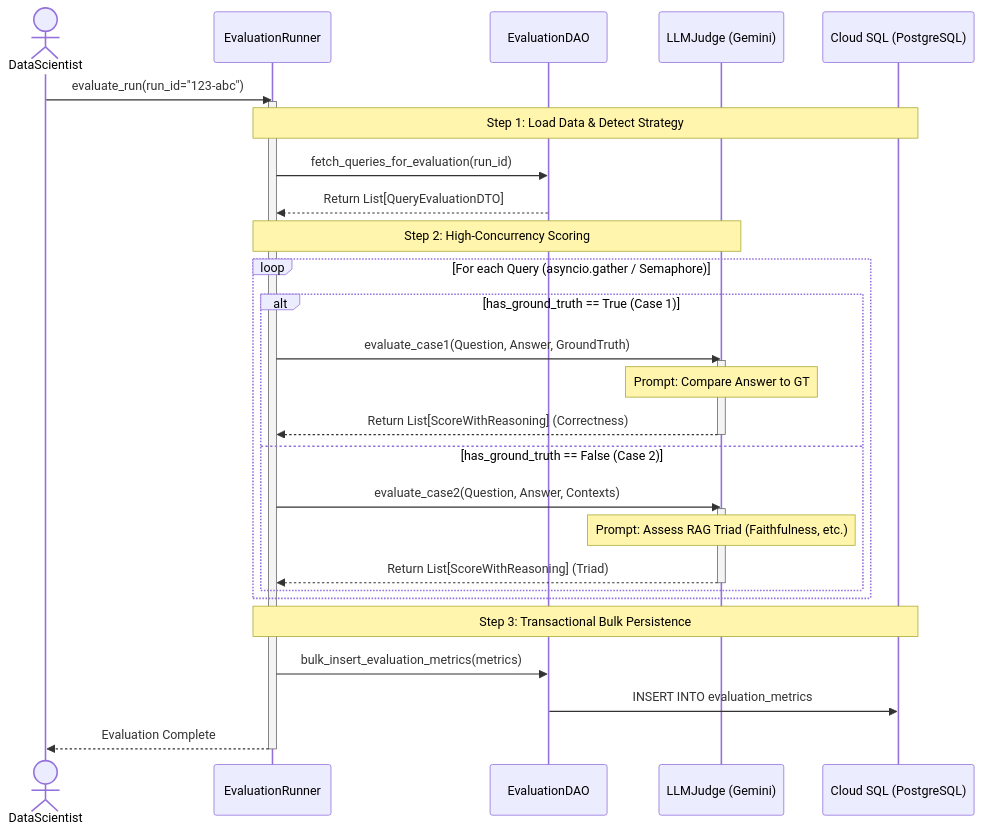
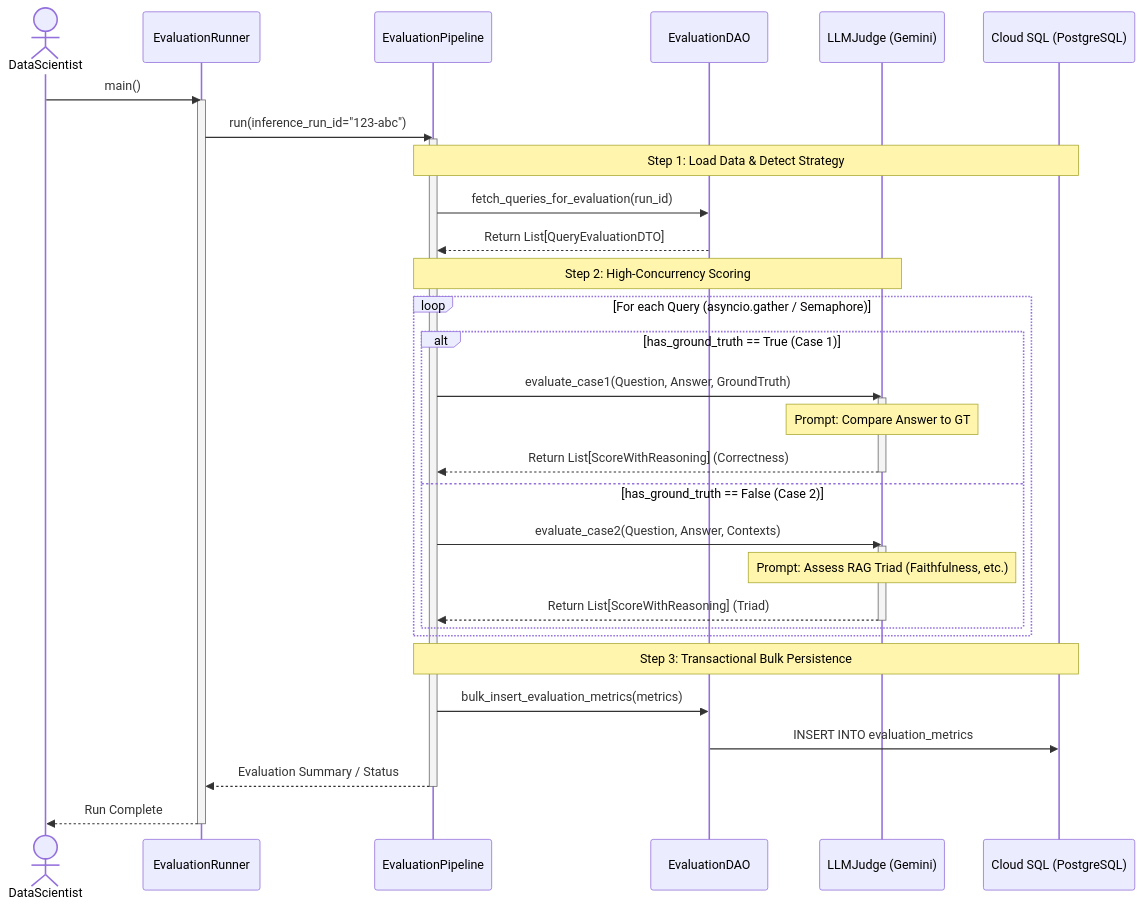
Before and after one commit to nvd11/automated-rag-evaluator: the second of 2 diagrams in docs/phase5_evaluation_runner_architecture.md, drawn with Mermaid. The commit also changed other lines of this file, not shown here.

Commit message:
docs: refactor phase 5 evaluation architecture to enforce the Runner -> Pipeline design pattern

````diff
--- a/docs/phase5_evaluation_runner_architecture.md
+++ b/docs/phase5_evaluation_runner_architecture.md
@@ -67,42 +67,48 @@
 ```mermaid
 sequenceDiagram
     actor DataScientist
     participant Runner as EvaluationRunner
+    participant Pipeline as EvaluationPipeline
     participant DAO as EvaluationDAO
     participant Judge as LLMJudge (Gemini)
     participant DB as Cloud SQL (PostgreSQL)
 
-    DataScientist->>Runner: evaluate_run(run_id="123-abc")
+    DataScientist->>Runner: main()
     activate Runner
     
-    Note over Runner, DB: Step 1: Load Data & Detect Strategy
-    Runner->>DAO: fetch_queries_for_evaluation(run_id)
+    Runner->>Pipeline: run(inference_run_id="123-abc")
+    activate Pipeline
+    
+    Note over Pipeline, DB: Step 1: Load Data & Detect Strategy
+    Pipeline->>DAO: fetch_queries_for_evaluation(run_id)
     
     %% The DAO automatically LEFT JOINs with golden_record_query_mapping
-    DAO-->>Runner: Return List[QueryEvaluationDTO]
+    DAO-->>Pipeline: Return List[QueryEvaluationDTO]
     
-    Note over Runner, Judge: Step 2: High-Concurrency Scoring
+    Note over Pipeline, Judge: Step 2: High-Concurrency Scoring
     loop For each Query (asyncio.gather / Semaphore)
         alt has_ground_truth == True (Case 1)
-            Runner->>Judge: evaluate_case1(Question, Answer, GroundTruth)
+            Pipeline->>Judge: evaluate_case1(Question, Answer, GroundTruth)
             activate Judge
             Note over Judge: Prompt: Compare Answer to GT
-            Judge-->>Runner: Return List[ScoreWithReasoning] (Correctness)
+            Judge-->>Pipeline: Return List[ScoreWithReasoning] (Correctness)
             deactivate Judge
             
         else has_ground_truth == False (Case 2)
-            Runner->>Judge: evaluate_case2(Question, Answer, Contexts)
+            Pipeline->>Judge: evaluate_case2(Question, Answer, Contexts)
             activate Judge
             Note over Judge: Prompt: Assess RAG Triad (Faithfulness, etc.)
-            Judge-->>Runner: Return List[ScoreWithReasoning] (Triad)
+            Judge-->>Pipeline: Return List[ScoreWithReasoning] (Triad)
             deactivate Judge
         end
     end
     
-    Note over Runner, DB: Step 3: Transactional Bulk Persistence
-    Runner->>DAO: bulk_insert_evaluation_metrics(metrics)
+    Note over Pipeline, DB: Step 3: Transactional Bulk Persistence
+    Pipeline->>DAO: bulk_insert_evaluation_metrics(metrics)
     DAO->>DB: INSERT INTO evaluation_metrics
     
-    Runner-->>DataScientist: Evaluation Complete
+    Pipeline-->>Runner: Evaluation Summary / Status
+    deactivate Pipeline
+    Runner-->>DataScientist: Run Complete
     deactivate Runner
 ```
````
